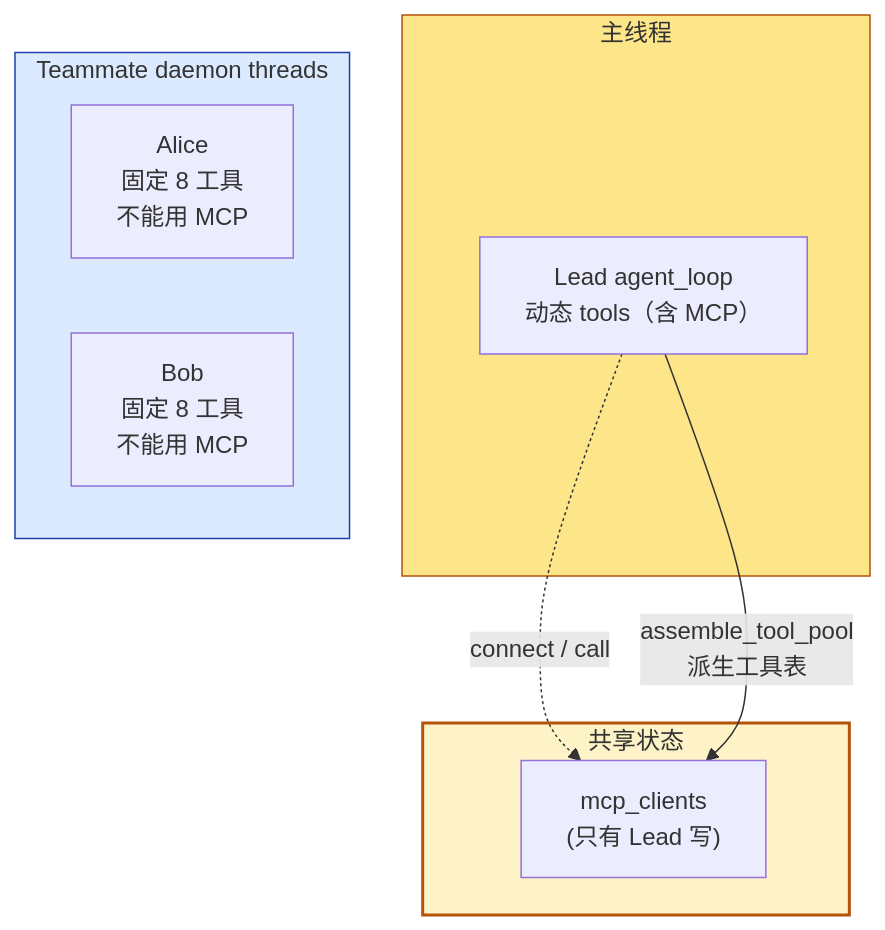
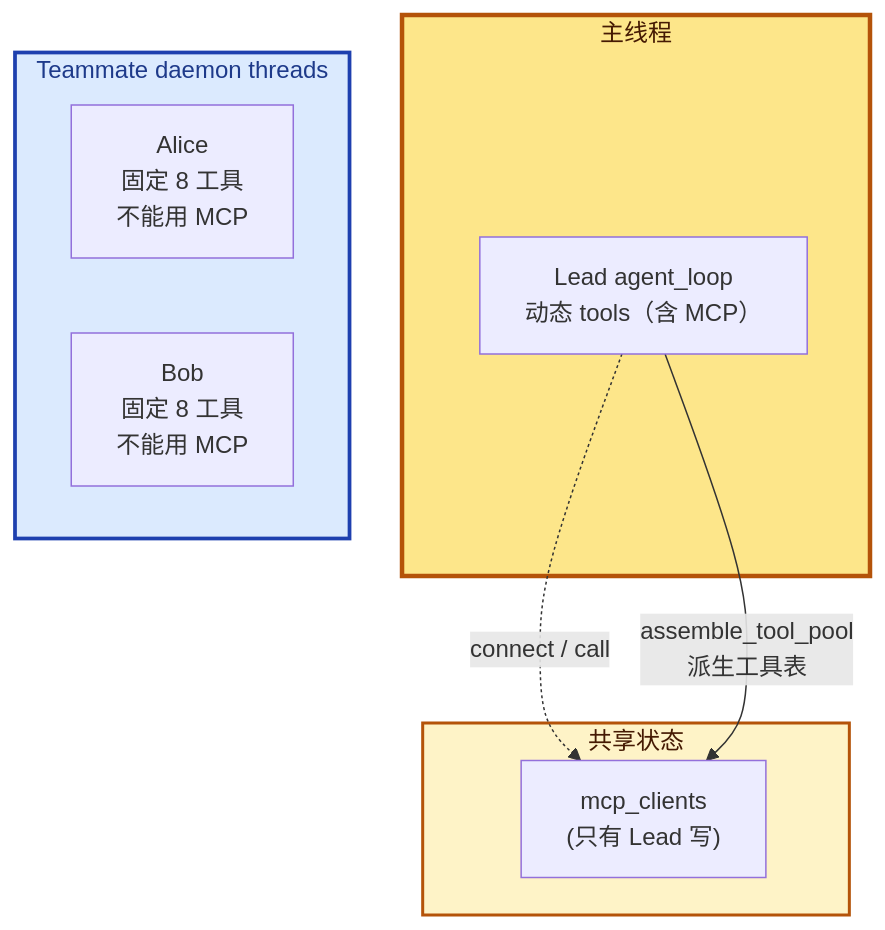
Before and after one commit to PyrePuin/From-Zero-LLM-Agent-Infra-Notes: the third of 3 diagrams in Agent/Harness/Claude Code/Phase 6 - 扩展与组装/19 - MCP Plugin.md, drawn with Mermaid. The commit also changed other lines of this file and 23 other files, not shown here.

First line of the commit message:
refactor(mermaid): 统一所有图的视觉规范

````diff
--- a/Agent/Harness/Claude Code/Phase 6 - 扩展与组装/19 - MCP Plugin.md
+++ b/Agent/Harness/Claude Code/Phase 6 - 扩展与组装/19 - MCP Plugin.md
@@ -648,22 +650,23 @@
 ```mermaid
+%%{init: {'themeVariables': {'fontSize': '16px', 'fontFamily': 'ui-sans-serif, system-ui, -apple-system, "Segoe UI", Roboto, sans-serif'}}}%%
 flowchart TB
     subgraph Main["主线程"]
         Lead["Lead agent_loop<br/>动态 tools（含 MCP）"]
     end
 
     subgraph Teammates["Teammate daemon threads"]
         T1["Alice<br/>固定 8 工具<br/>不能用 MCP"]
         T2["Bob<br/>固定 8 工具<br/>不能用 MCP"]
     end
 
     subgraph Shared["共享状态"]
         MC["mcp_clients<br/>(只有 Lead 写)"]
     end
 
     Lead -.->|"connect / call"| MC
     Lead -->|"assemble_tool_pool<br/>派生工具表"| MC
 
-    style Main fill:#fde68a,stroke:#b45309
-    style Teammates fill:#dbeafe,stroke:#1e40af
-    style Shared fill:#fef3c7,stroke:#b45309,stroke-width:2px
+    style Main fill:#fde68a,stroke:#b45309,stroke-width:3px,color:#451a03
+    style Teammates fill:#dbeafe,stroke:#1e40af,stroke-width:2.5px,color:#1e3a8a
+    style Shared fill:#fef3c7,stroke:#b45309,stroke-width:2px,color:#451a03
 ```
````
